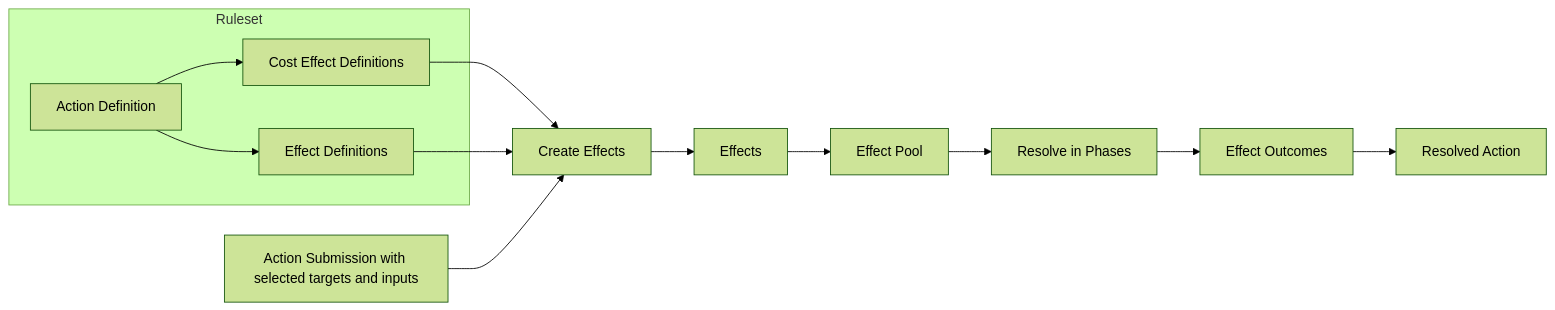
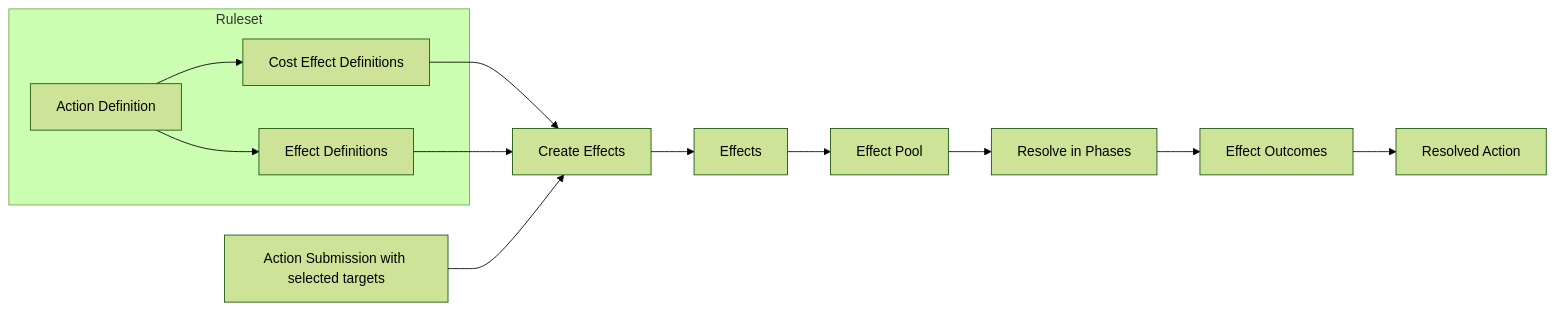
Before and after one commit to Guillaume-Docquier/text-based-browser-game-1: the diagram in docs/architecture/turn-resolution.md, drawn with Mermaid (forest theme). The commit also changed other lines of this file and 187 other files, not shown here.

````diff
--- a/docs/architecture/turn-resolution.md
+++ b/docs/architecture/turn-resolution.md
@@ -27,11 +27,11 @@
 ```mermaid
 flowchart LR
   subgraph Ruleset
     AD[Action Definition] --> C[Cost Effect Definitions]
     AD --> D[Effect Definitions]
   end
   C --> Create[Create Effects]
   D --> Create
-  S[Action Submission with selected targets and inputs] --> Create
+  S[Action Submission with selected targets] --> Create
   Create --> E[Effects] --> P[Effect Pool] --> R[Resolve in Phases] --> O[Effect Outcomes] --> A[Resolved Action]
 ```
````
